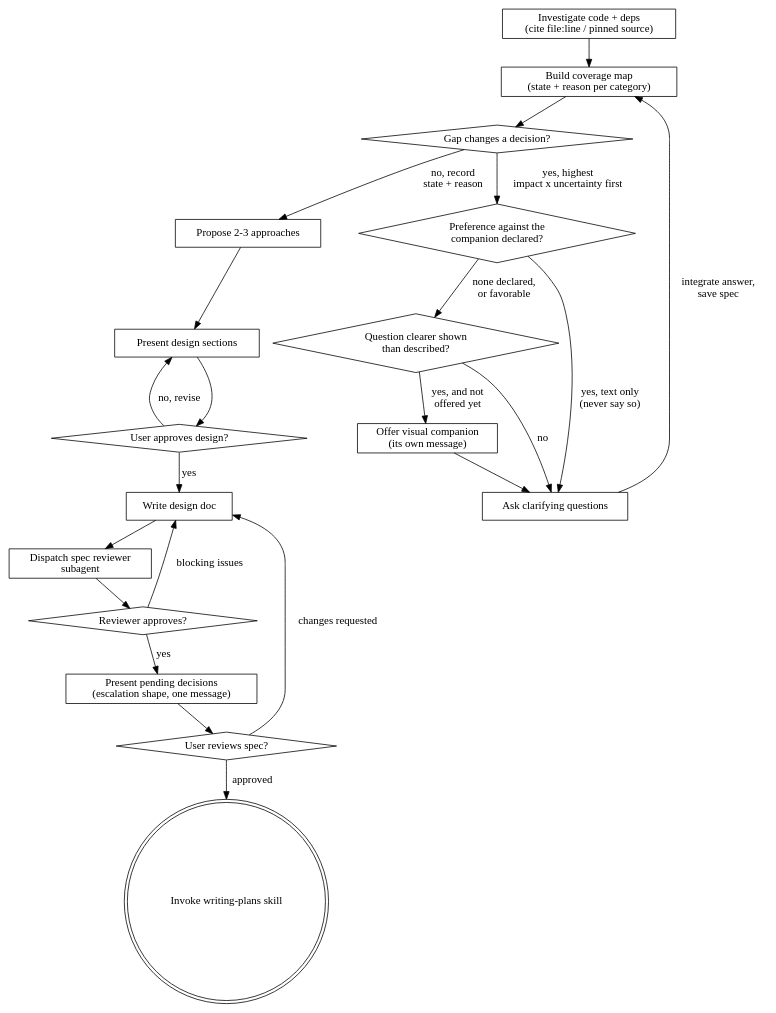
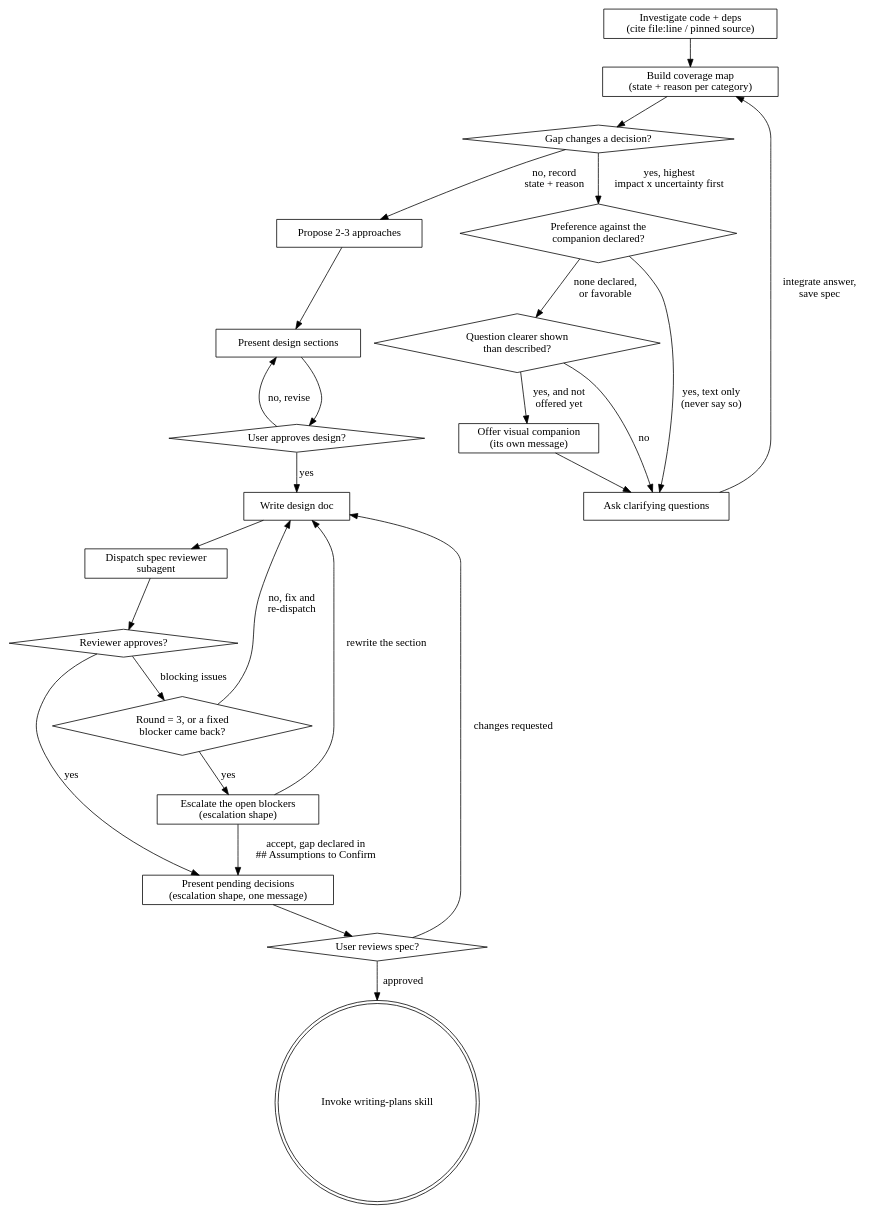
The diagram in skills/brainstorming/SKILL.md (rodrigopaitach/superpowersplus), drawn with Graphviz before and after one commit. The commit also changed other lines of this file and 1 other file, not shown here.

````diff
--- a/skills/brainstorming/SKILL.md
+++ b/skills/brainstorming/SKILL.md
@@ -41,42 +41,48 @@
 ```dot
 digraph brainstorming {
     "Investigate code + deps\n(cite file:line / pinned source)" [shape=box];
     "Build coverage map\n(state + reason per category)" [shape=box];
     "Gap changes a decision?" [shape=diamond];
     "Preference against the\ncompanion declared?" [shape=diamond];
     "Question clearer shown\nthan described?" [shape=diamond];
     "Offer visual companion\n(its own message)" [shape=box];
     "Ask clarifying questions" [shape=box];
     "Propose 2-3 approaches" [shape=box];
     "Present design sections" [shape=box];
     "User approves design?" [shape=diamond];
     "Write design doc" [shape=box];
     "Dispatch spec reviewer\nsubagent" [shape=box];
     "Reviewer approves?" [shape=diamond];
+    "Round = 3, or a fixed\nblocker came back?" [shape=diamond];
+    "Escalate the open blockers\n(escalation shape)" [shape=box];
     "Present pending decisions\n(escalation shape, one message)" [shape=box];
     "User reviews spec?" [shape=diamond];
     "Invoke writing-plans skill" [shape=doublecircle];
 
     "Investigate code + deps\n(cite file:line / pinned source)" -> "Build coverage map\n(state + reason per category)";
     "Build coverage map\n(state + reason per category)" -> "Gap changes a decision?";
     "Gap changes a decision?" -> "Preference against the\ncompanion declared?" [label="yes, highest\nimpact x uncertainty first"];
     "Preference against the\ncompanion declared?" -> "Ask clarifying questions" [label="yes, text only\n(never say so)"];
     "Preference against the\ncompanion declared?" -> "Question clearer shown\nthan described?" [label="none declared,\nor favorable"];
     "Question clearer shown\nthan described?" -> "Offer visual companion\n(its own message)" [label="yes, and not\noffered yet"];
     "Question clearer shown\nthan described?" -> "Ask clarifying questions" [label="no"];
     "Offer visual companion\n(its own message)" -> "Ask clarifying questions";
     "Gap changes a decision?" -> "Propose 2-3 approaches" [label="no, record\nstate + reason"];
     "Ask clarifying questions" -> "Build coverage map\n(state + reason per category)" [label="integrate answer,\nsave spec"];
     "Propose 2-3 approaches" -> "Present design sections";
     "Present design sections" -> "User approves design?";
     "User approves design?" -> "Present design sections" [label="no, revise"];
     "User approves design?" -> "Write design doc" [label="yes"];
     "Write design doc" -> "Dispatch spec reviewer\nsubagent";
     "Dispatch spec reviewer\nsubagent" -> "Reviewer approves?";
-    "Reviewer approves?" -> "Write design doc" [label="blocking issues"];
+    "Reviewer approves?" -> "Round = 3, or a fixed\nblocker came back?" [label="blocking issues"];
+    "Round = 3, or a fixed\nblocker came back?" -> "Write design doc" [label="no, fix and\nre-dispatch"];
+    "Round = 3, or a fixed\nblocker came back?" -> "Escalate the open blockers\n(escalation shape)" [label="yes"];
+    "Escalate the open blockers\n(escalation shape)" -> "Write design doc" [label="rewrite the section"];
+    "Escalate the open blockers\n(escalation shape)" -> "Present pending decisions\n(escalation shape, one message)" [label="accept, gap declared in\n## Assumptions to Confirm"];
     "Reviewer approves?" -> "Present pending decisions\n(escalation shape, one message)" [label="yes"];
     "Present pending decisions\n(escalation shape, one message)" -> "User reviews spec?";
     "User reviews spec?" -> "Write design doc" [label="changes requested"];
     "User reviews spec?" -> "Invoke writing-plans skill" [label="approved"];
 }
 ```
````
